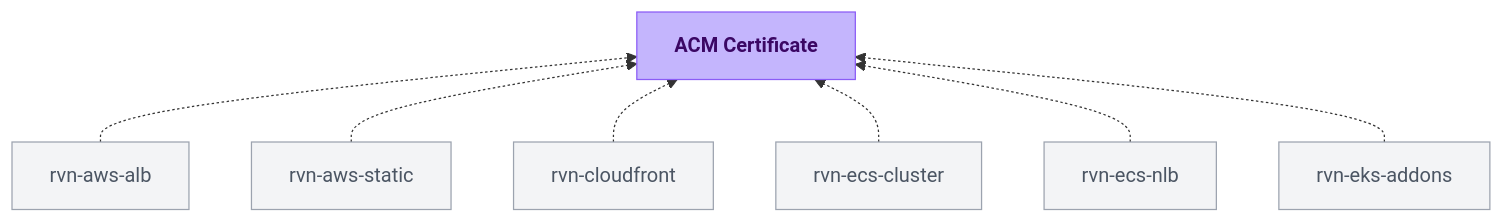
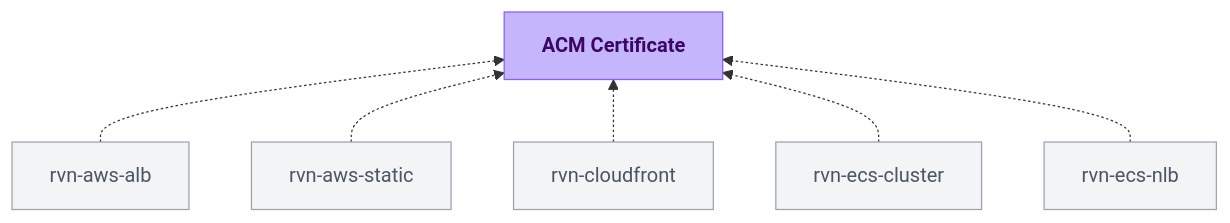
Before and after one commit to ravionhq/docs: the diagram in module-definitions/catalog/rvn-acm-certificate.mdx, drawn with Mermaid. The commit also changed 9 other files, not shown here.

Commit message:
chore: sync module catalog docs

````diff
--- a/module-definitions/catalog/rvn-acm-certificate.mdx
+++ b/module-definitions/catalog/rvn-acm-certificate.mdx
@@ -16,24 +16,22 @@
 ```mermaid
 flowchart BT
   rvn_aws_alb["rvn-aws-alb"] -.-> rvn_acm_certificate["<strong>ACM Certificate</strong>"]
   rvn_aws_static["rvn-aws-static"] -.-> rvn_acm_certificate
   rvn_cloudfront["rvn-cloudfront"] -.-> rvn_acm_certificate
   rvn_ecs_cluster["rvn-ecs-cluster"] -.-> rvn_acm_certificate
   rvn_ecs_nlb["rvn-ecs-nlb"] -.-> rvn_acm_certificate
-  rvn_eks_addons["rvn-eks-addons"] -.-> rvn_acm_certificate
 
   class rvn_acm_certificate current
-  class rvn_aws_alb,rvn_aws_static,rvn_cloudfront,rvn_ecs_cluster,rvn_ecs_nlb,rvn_eks_addons consumer
+  class rvn_aws_alb,rvn_aws_static,rvn_cloudfront,rvn_ecs_cluster,rvn_ecs_nlb consumer
 
   classDef current fill:#C4B5FD,stroke:#8B5CF6,color:#3B0764
   classDef dependency fill:#FAF8FF,stroke:#DDD6FE,color:#6D28D9
   classDef consumer fill:#F3F4F6,stroke:#9CA3AF,color:#4B5563
   classDef upstream fill:#F8FAFC,stroke:#CBD5E1,color:#94A3B8
 
   click rvn_aws_alb "/module-definitions/catalog/rvn-aws-alb" "Open rvn-aws-alb docs"
   click rvn_aws_static "/module-definitions/catalog/rvn-aws-static" "Open rvn-aws-static docs"
   click rvn_cloudfront "/module-definitions/catalog/rvn-cloudfront" "Open rvn-cloudfront docs"
   click rvn_ecs_cluster "/module-definitions/catalog/rvn-ecs-cluster" "Open rvn-ecs-cluster docs"
   click rvn_ecs_nlb "/module-definitions/catalog/rvn-ecs-nlb" "Open rvn-ecs-nlb docs"
-  click rvn_eks_addons "/module-definitions/catalog/rvn-eks-addons" "Open rvn-eks-addons docs"
 ```
````
